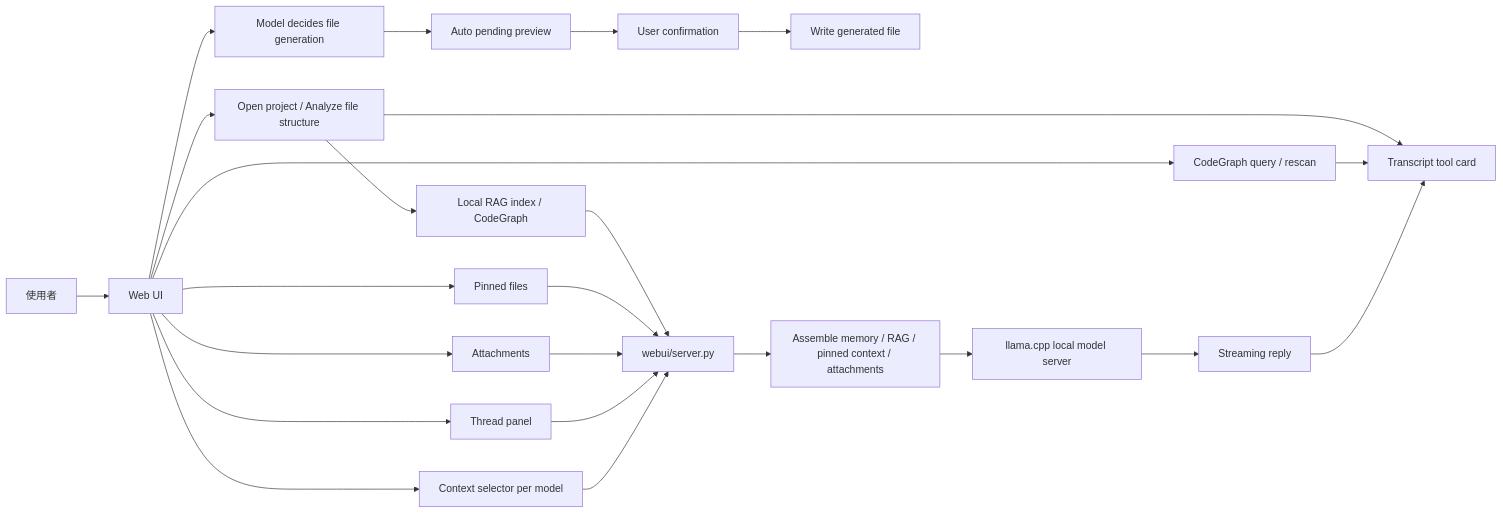
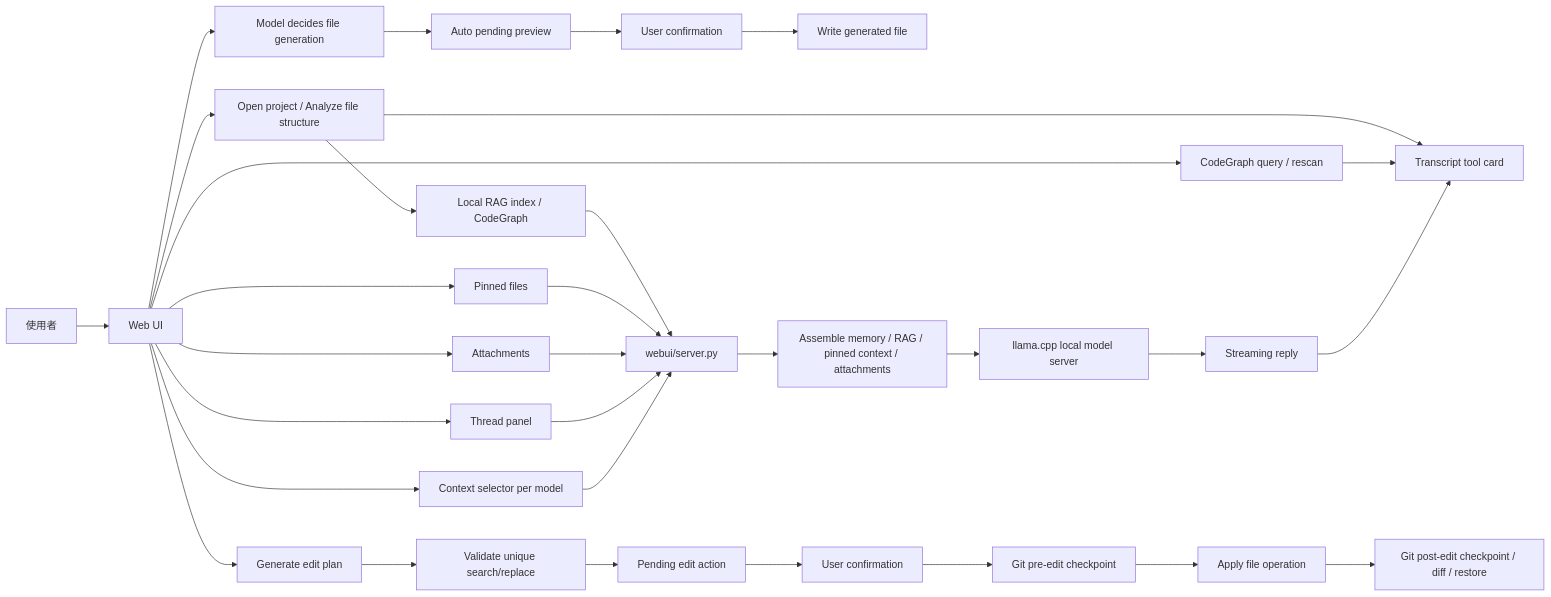
Before and after one commit to Lzxpan/CodeWorker: the diagram in README.md, drawn with Mermaid. The commit also changed other lines of this file and 11 other files, not shown here.

````diff
--- a/README.md
+++ b/README.md
@@ -255,26 +380,33 @@
 ```mermaid
 flowchart LR
     U["使用者"] --> W["Web UI"]
     W --> K["Context selector per model"]
     W --> T["Thread panel"]
     W --> O["Open project / Analyze file structure"]
     O --> I["Local RAG index / CodeGraph"]
     W --> X["CodeGraph query / rescan"]
     W --> P["Pinned files"]
     W --> F["Attachments"]
     W --> G["Model decides file generation"]
+    W --> E["Generate edit plan"]
     I --> S["webui/server.py"]
     P --> S
     F --> S
     T --> S
     K --> S
     G --> A["Auto pending preview"]
+    E --> V["Validate unique search/replace"]
+    V --> B["Pending edit action"]
     O --> H["Transcript tool card"]
     X --> H
     A --> Q["User confirmation"]
     Q --> D["Write generated file"]
+    B --> Q2["User confirmation"]
+    Q2 --> C1["Git pre-edit checkpoint"]
+    C1 --> C2["Apply file operation"]
+    C2 --> C3["Git post-edit checkpoint / diff / restore"]
     S --> C["Assemble memory / RAG / pinned context / attachments"]
     C --> M["llama.cpp local model server"]
     M --> R["Streaming reply"]
     R --> H
 ```
````
